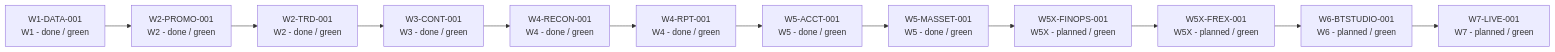
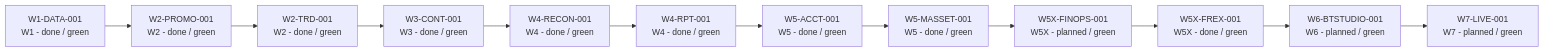
Before and after one commit to rodoHasArrived/Meridian-main: the diagram in docs/architecture/diagrams/meridian-development-roadmap.mmd, drawn with Mermaid. The commit also changed 9 other files, not shown here.

```diff
--- a/docs/architecture/diagrams/meridian-development-roadmap.mmd
+++ b/docs/architecture/diagrams/meridian-development-roadmap.mmd
@@ -1,24 +1,24 @@
 flowchart LR
   W1_DATA_001["W1-DATA-001\nW1 - done / green"]
   W2_PROMO_001["W2-PROMO-001\nW2 - done / green"]
   W1_DATA_001 --> W2_PROMO_001
   W2_TRD_001["W2-TRD-001\nW2 - done / green"]
   W2_PROMO_001 --> W2_TRD_001
   W3_CONT_001["W3-CONT-001\nW3 - done / green"]
   W2_TRD_001 --> W3_CONT_001
   W4_RECON_001["W4-RECON-001\nW4 - done / green"]
   W3_CONT_001 --> W4_RECON_001
   W4_RPT_001["W4-RPT-001\nW4 - done / green"]
   W4_RECON_001 --> W4_RPT_001
   W5_ACCT_001["W5-ACCT-001\nW5 - done / green"]
   W4_RPT_001 --> W5_ACCT_001
   W5_MASSET_001["W5-MASSET-001\nW5 - done / green"]
   W5_ACCT_001 --> W5_MASSET_001
   W5X_FINOPS_001["W5X-FINOPS-001\nW5X - planned / green"]
   W5_MASSET_001 --> W5X_FINOPS_001
-  W5X_FREX_001["W5X-FREX-001\nW5X - planned / green"]
+  W5X_FREX_001["W5X-FREX-001\nW5X - done / green"]
   W5X_FINOPS_001 --> W5X_FREX_001
   W6_BTSTUDIO_001["W6-BTSTUDIO-001\nW6 - planned / green"]
   W5X_FREX_001 --> W6_BTSTUDIO_001
   W7_LIVE_001["W7-LIVE-001\nW7 - planned / green"]
   W6_BTSTUDIO_001 --> W7_LIVE_001
```
